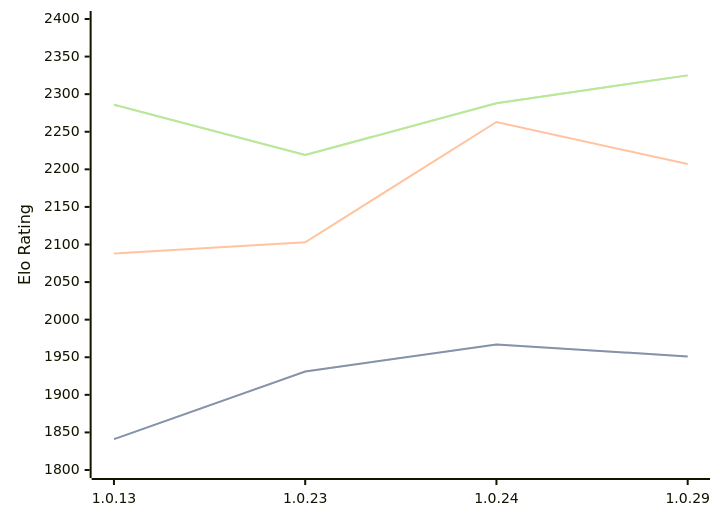
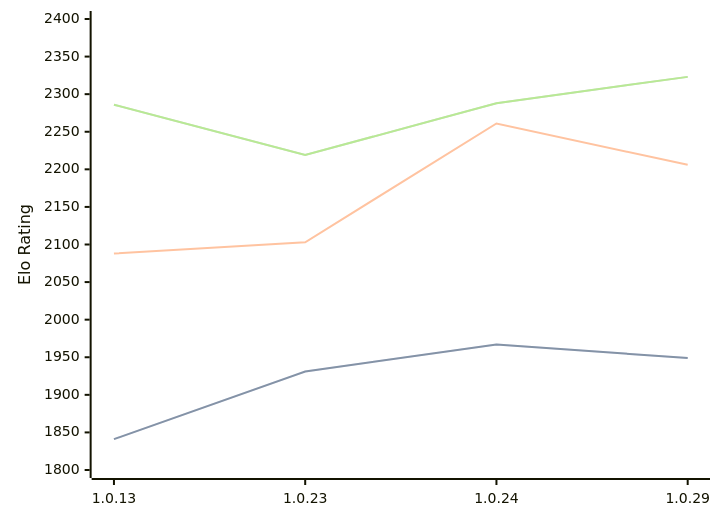
The diagram in engines/RustyRival.md (computer-chess-index/cci), drawn with Mermaid before and after one commit. The commit also changed other lines of this file, not shown here.

Commit message:
Update CCI Ratings (ELO VLTC) - 2026-02-27

````diff
--- a/engines/RustyRival.md
+++ b/engines/RustyRival.md
@@ -54,11 +54,11 @@
 ```mermaid
 %%{init: {"theme":"base","themeVariables":{"seriesColors:['#a3a3a3','#222221','#faa371']}}}%%
 xychart-beta
   x-axis ["1.0.13", "1.0.23", "1.0.24", "1.0.29"]
   y-axis "Elo Rating" 1800 --> 2400
-  line "STC (8.0+0.08s)" [1841, 1931, 1967, 1951]
-  line "STC (8.0+0.08s)" [1841, 1931, 1967, 1951]
-  line "LTC (60.0+0.60s)" [2088, 2103, 2263, 2207]
-  line "VLTC (2m24s+1.12s)" [2286, 2219, 2288, 2325]
-  line "VLTC (2m24s+1.12s)" [2286, 2219, 2288, 2325]
+  line "STC (8.0+0.08s)" [1841, 1931, 1967, 1949]
+  line "STC (8.0+0.08s)" [1841, 1931, 1967, 1949]
+  line "LTC (60.0+0.60s)" [2088, 2103, 2261, 2206]
+  line "VLTC (2m24s+1.12s)" [2286, 2219, 2288, 2323]
+  line "VLTC (2m24s+1.12s)" [2286, 2219, 2288, 2323]
 ```
````
